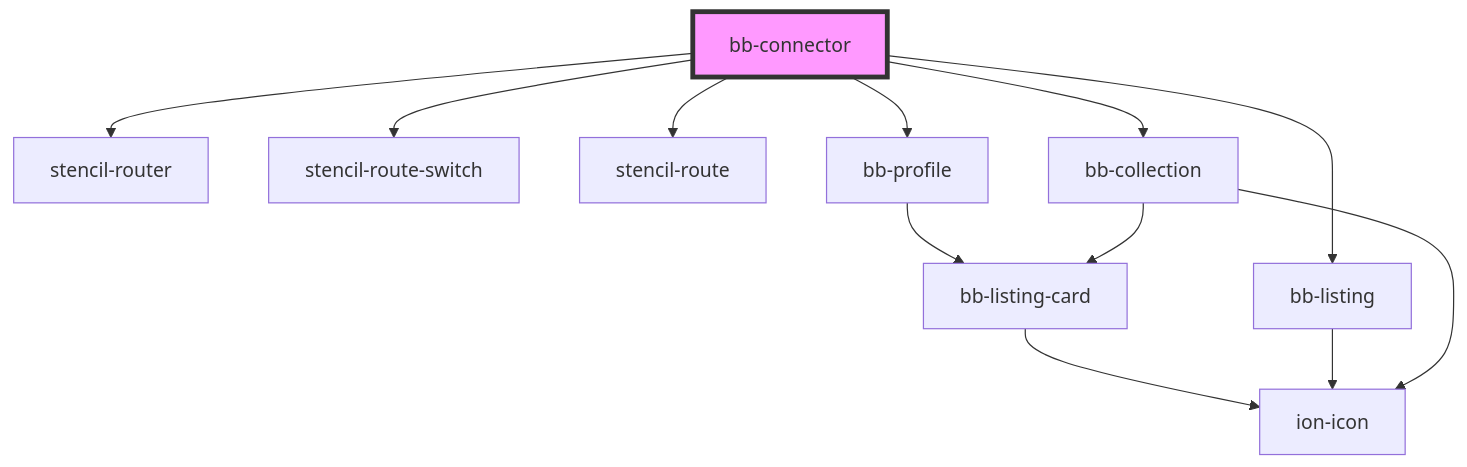
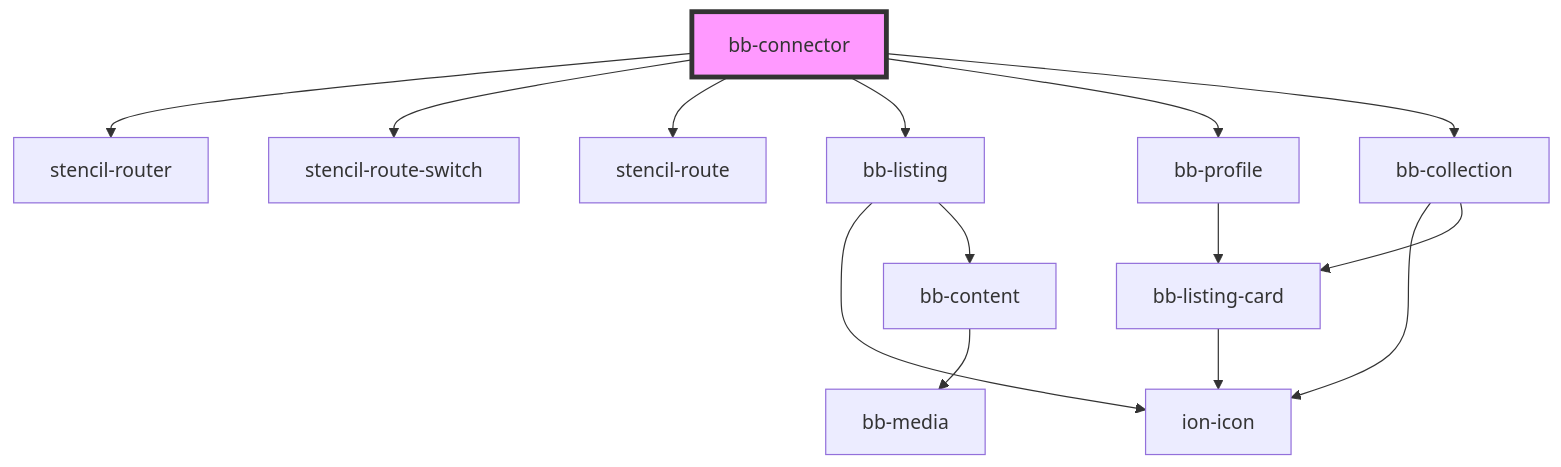
One commit to BoaterBase/bb-components changed the diagram in src/components/bb-connector/readme.md. Above: the diagram before and after it, drawn with Mermaid. The commit also changed 19 other files, not shown here.

Commit message:
content media

````diff
--- a/src/components/bb-connector/readme.md
+++ b/src/components/bb-connector/readme.md
@@ -34,15 +34,17 @@
 ```mermaid
 graph TD;
   bb-connector --> stencil-router
   bb-connector --> stencil-route-switch
   bb-connector --> stencil-route
+  bb-connector --> bb-listing
   bb-connector --> bb-profile
-  bb-connector --> bb-listing
   bb-connector --> bb-collection
+  bb-listing --> ion-icon
+  bb-listing --> bb-content
+  bb-content --> bb-media
   bb-profile --> bb-listing-card
   bb-listing-card --> ion-icon
-  bb-listing --> ion-icon
   bb-collection --> ion-icon
   bb-collection --> bb-listing-card
   style bb-connector fill:#f9f,stroke:#333,stroke-width:4px
 ```
````
